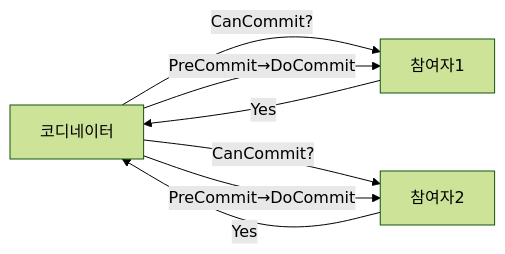
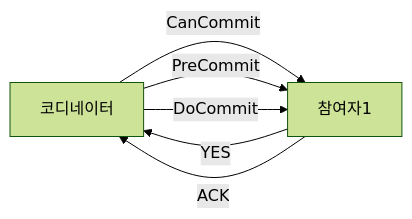
One commit to yjkim2015/yjkim2015.github.io changed the fourth of 12 diagrams in _posts/architecture/2026-05-02-distributed-transaction-deep.md. Above: the diagram before and after it, drawn with Mermaid (forest theme). The commit also changed other lines of this file and 4 other files, not shown here.

````diff
--- a/_posts/architecture/2026-05-02-distributed-transaction-deep.md
+++ b/_posts/architecture/2026-05-02-distributed-transaction-deep.md
@@ -74,9 +234,8 @@
 ```mermaid
 graph LR
-    CO["코디네이터"] -->|"CanCommit?"| P1["참여자1"]
-    CO -->|"CanCommit?"| P2["참여자2"]
-    P1 -->|"Yes"| CO
-    P2 -->|"Yes"| CO
-    CO -->|"PreCommit→DoCommit"| P1
-    CO -->|"PreCommit→DoCommit"| P2
+    CO["코디네이터"] -->|"CanCommit"| P1["참여자1"]
+    P1 -->|"YES"| CO
+    CO -->|"PreCommit"| P1
+    P1 -->|"ACK"| CO
+    CO -->|"DoCommit"| P1
 ```
````
